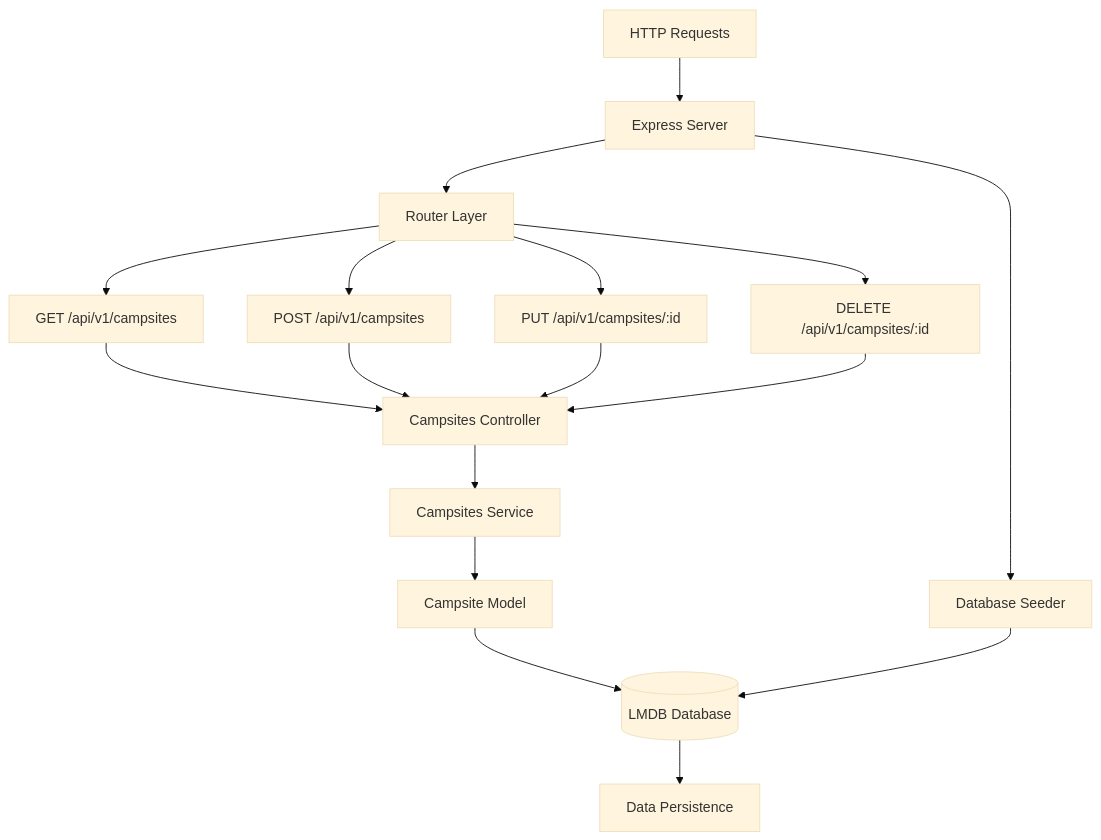
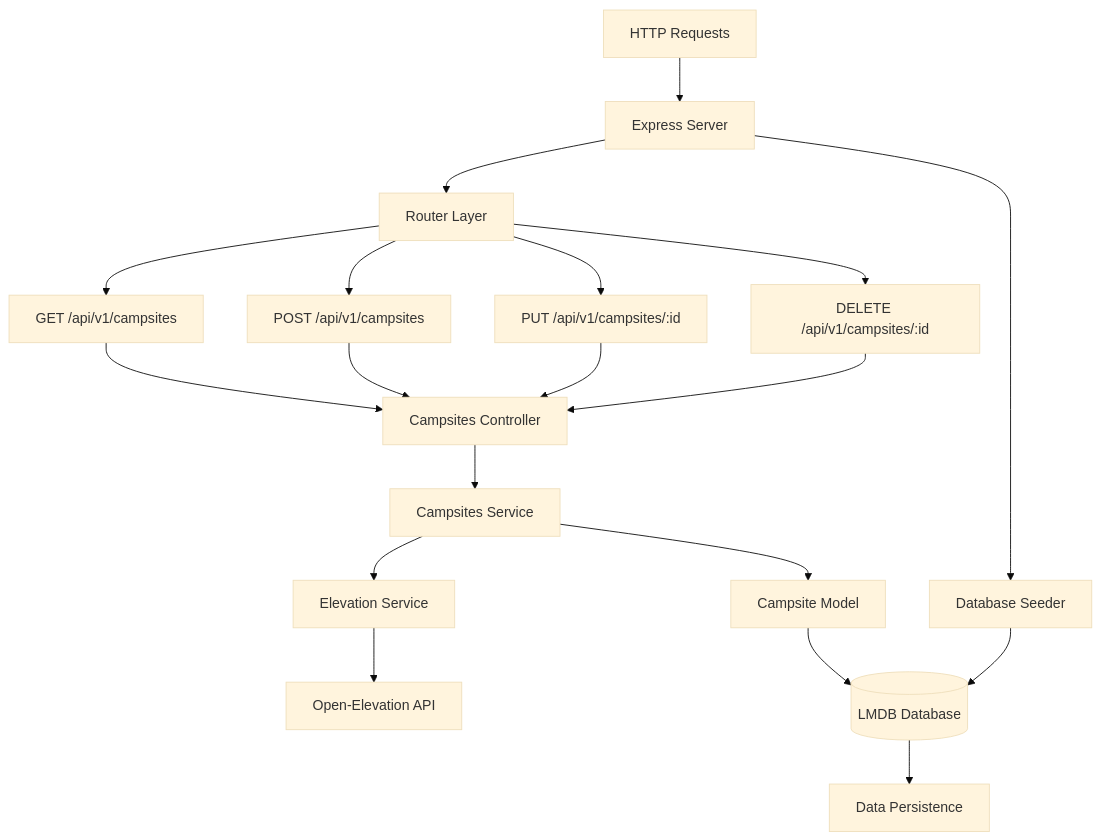
One commit to baileydunning/campsights changed the second of 2 diagrams in README.md. Above: the diagram before and after it, drawn with Mermaid (base theme). The commit also changed other lines of this file and 1 other file, not shown here.

````diff
--- a/README.md
+++ b/README.md
@@ -78,24 +78,26 @@
 ```mermaid
 flowchart TD
     A[HTTP Requests] --> B[Express Server]
     B --> C[Router Layer]
     
     C --> D[GET /api/v1/campsites]
     C --> E[POST /api/v1/campsites]
     C --> F[PUT /api/v1/campsites/:id]
     C --> G[DELETE /api/v1/campsites/:id]
     
-    D --> H[Campsites Controller]
-    E --> H
-    F --> H
-    G --> H
+    D --> I[Campsites Controller]
+    E --> I
+    F --> I
+    G --> I
     
-    H --> I[Campsites Service]
-    I --> J[Campsite Model]
-    J --> K[(LMDB Database)]
+    I --> K[Campsites Service]
+    K --> L[Campsite Model]
+    K --> M[Elevation Service]
+    M --> N[Open-Elevation API]
+    L --> O[(LMDB Database)]
     
-    B --> L[Database Seeder]
-    L --> K
+    B --> P[Database Seeder]
+    P --> O
     
-    K --> M[Data Persistence]
+    O --> Q[Data Persistence]
 ```
````
